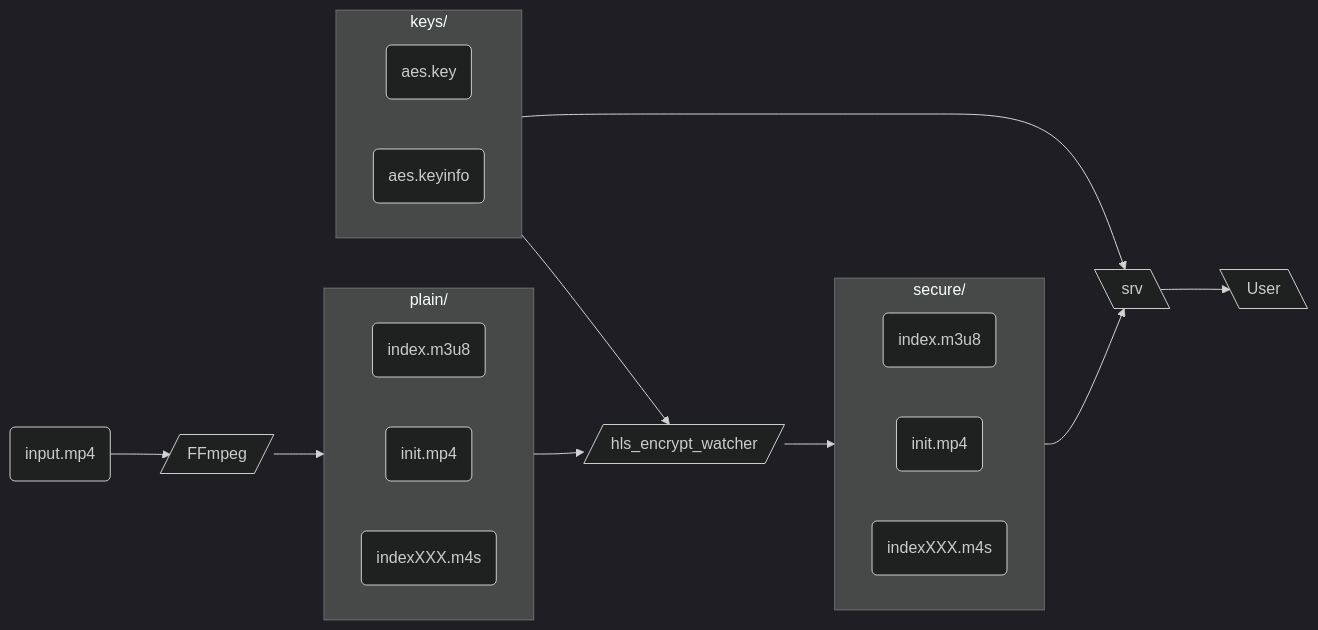
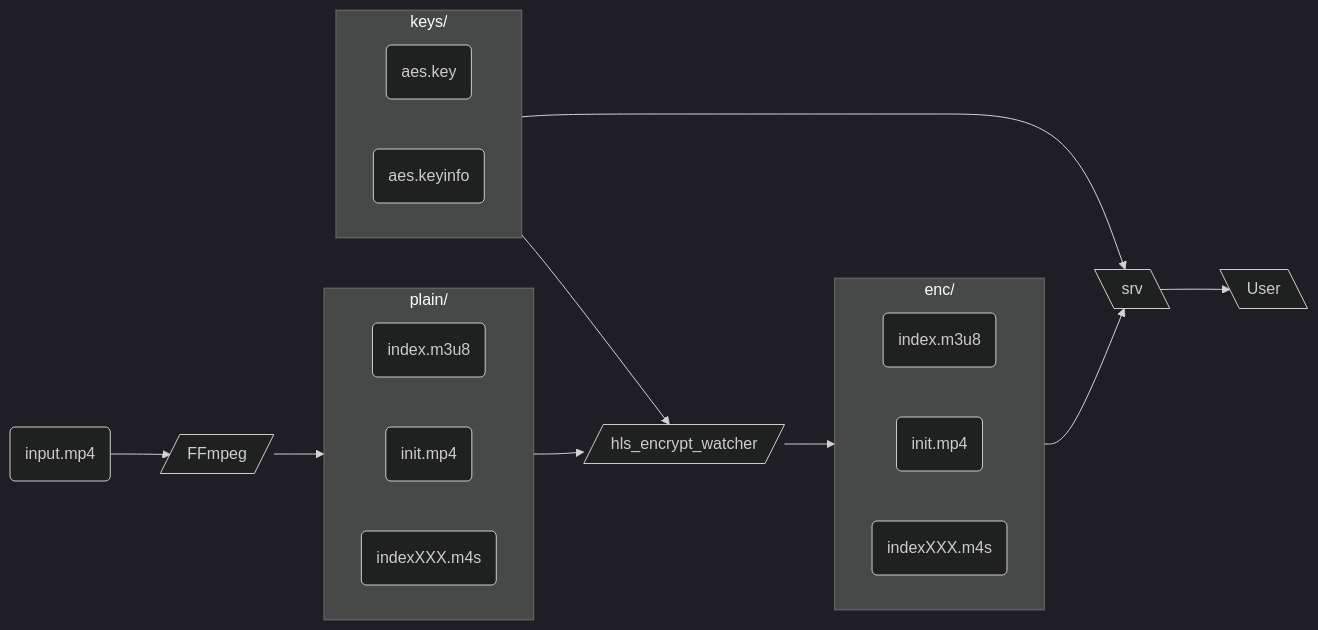
The diagram in README.md (zeek0x/encrypted-fmp4-hls-using-ffmpeg), drawn with Mermaid (dark theme) before and after one commit. The commit also changed other lines of this file and 5 other files, not shown here.

````diff
--- a/README.md
+++ b/README.md
@@ -3,34 +3,34 @@
 ```mermaid
 flowchart LR
     A("input.mp4") --> B[/"FFmpeg"/]
 
     subgraph C["plain/"]
       direction LR
       C1("index.m3u8"):::file
       C2("init.mp4"):::file
       C3("indexXXX.m4s"):::file
     end
 
     B --> C
 
     subgraph D["keys/"]
       direction LR
       D1("aes.key"):::file
       D2("aes.keyinfo"):::file
     end
 
     C --> E[/"hls_encrypt_watcher"/]
     D --> E
 
-    subgraph F["secure/"]
+    subgraph F["enc/"]
       direction LR
       F1("index.m3u8"):::file
       F2("init.mp4"):::file
       F3("indexXXX.m4s"):::file
     end
 
     E --> F
     D --> G[\"srv"\]
     F --> G
     G --> H[\"User"\]
 ```
````
